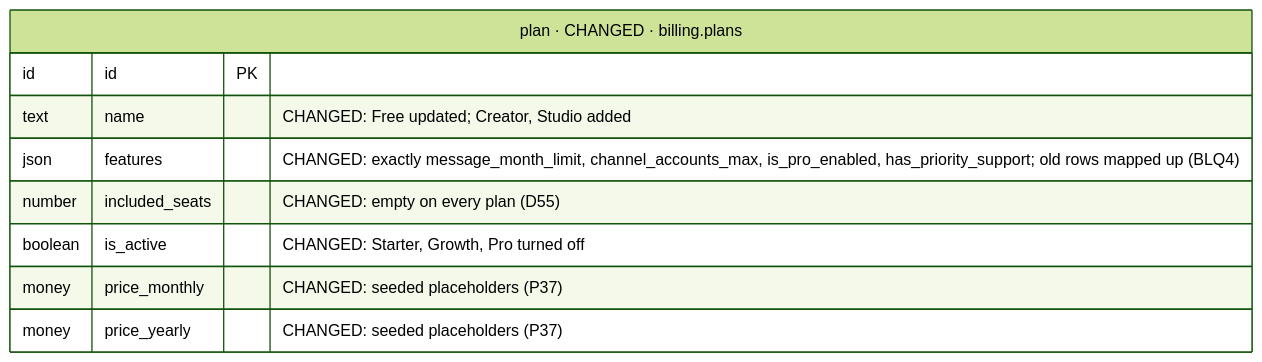
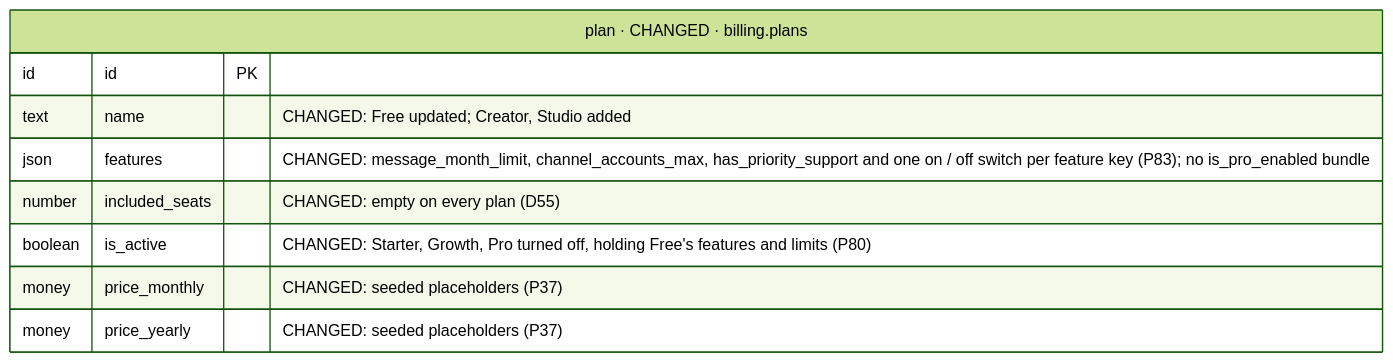
One commit to albetrios/meepzo-be changed diagram 31 of 39 in iterations/feat-instagram-dm-sending-2026-11-23-oxak/plans/db-changes.md. Above: the diagram before and after it, drawn with Mermaid (forest theme). The commit also changed other lines of this file and 3 other files, not shown here.

````diff
--- a/iterations/feat-instagram-dm-sending-2026-11-23-oxak/plans/db-changes.md
+++ b/iterations/feat-instagram-dm-sending-2026-11-23-oxak/plans/db-changes.md
@@ -1588,12 +1606,12 @@
 ```mermaid
 erDiagram
   plan["plan · CHANGED · billing.plans"] {
     id id PK
     text name "CHANGED: Free updated; Creator, Studio added"
-    json features "CHANGED: exactly message_month_limit, channel_accounts_max, is_pro_enabled, has_priority_support; old rows mapped up (BLQ4)"
+    json features "CHANGED: message_month_limit, channel_accounts_max, has_priority_support and one on / off switch per feature key (P83); no is_pro_enabled bundle"
     number included_seats "CHANGED: empty on every plan (D55)"
-    boolean is_active "CHANGED: Starter, Growth, Pro turned off"
+    boolean is_active "CHANGED: Starter, Growth, Pro turned off, holding Free's features and limits (P80)"
     money price_monthly "CHANGED: seeded placeholders (P37)"
     money price_yearly "CHANGED: seeded placeholders (P37)"
   }
 ```
````
